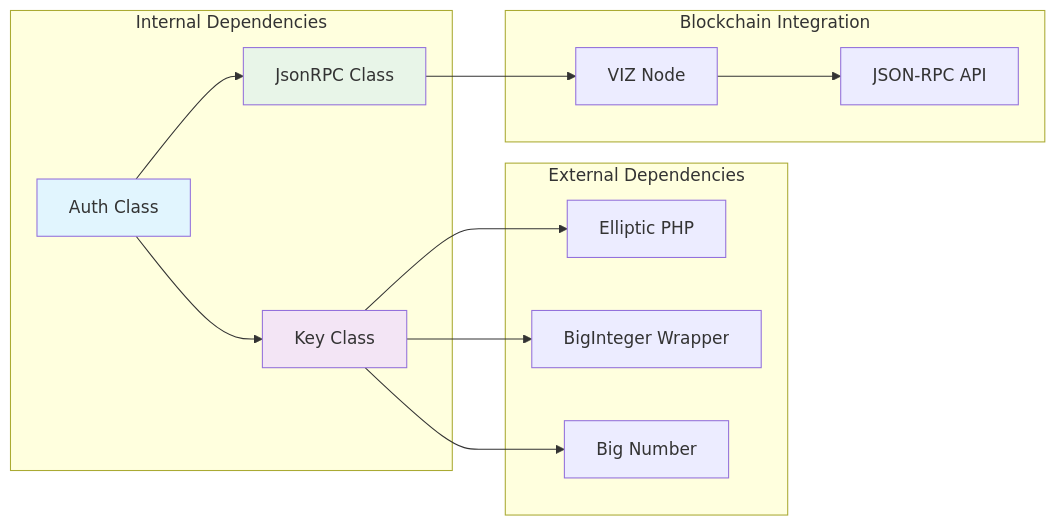
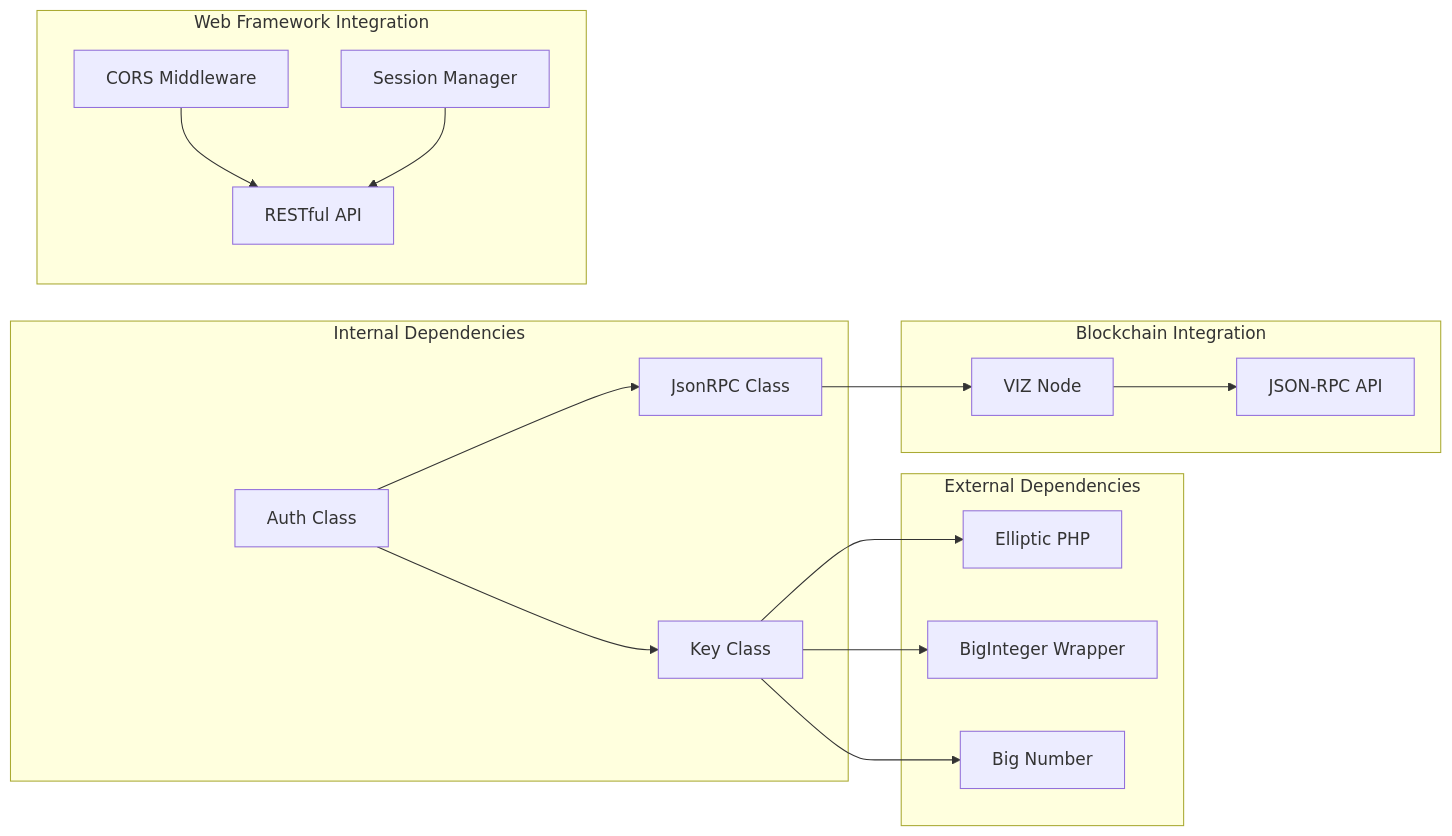
The eighth of 8 diagrams in .qoder/repowiki/en/content/API Reference/Auth Class API.md (VIZ-Blockchain/viz-php-lib), drawn with Mermaid before and after one commit. The commit also changed other lines of this file and 9 other files, not shown here.

First line of the commit message:
docs(auth): enhance passwordless auth with CORS, sessions, and modern web integration

````diff
--- a/.qoder/repowiki/en/content/API Reference/Auth Class API.md
+++ b/.qoder/repowiki/en/content/API Reference/Auth Class API.md
@@ -278,27 +405,31 @@
 ```mermaid
 graph LR
 subgraph "Internal Dependencies"
 Auth[Auth Class]
 Key[Key Class]
 JsonRPC[JsonRPC Class]
+end
+subgraph "Web Framework Integration"
+CORS[CORS Middleware]
+Session[Session Manager]
+REST[RESTful API]
 end
 subgraph "External Dependencies"
 Elliptic[Elliptic PHP]
 BigInteger[BigInteger Wrapper]
 BN[Big Number]
 end
 subgraph "Blockchain Integration"
 Node[VIZ Node]
 RPC[JSON-RPC API]
 end
 Auth --> Key
 Auth --> JsonRPC
 Key --> Elliptic
 Key --> BigInteger
 Key --> BN
 JsonRPC --> Node
 Node --> RPC
-style Auth fill:#e1f5fe
-style Key fill:#f3e5f5
-style JsonRPC fill:#e8f5e8
+CORS --> REST
+Session --> REST
 ```
````
